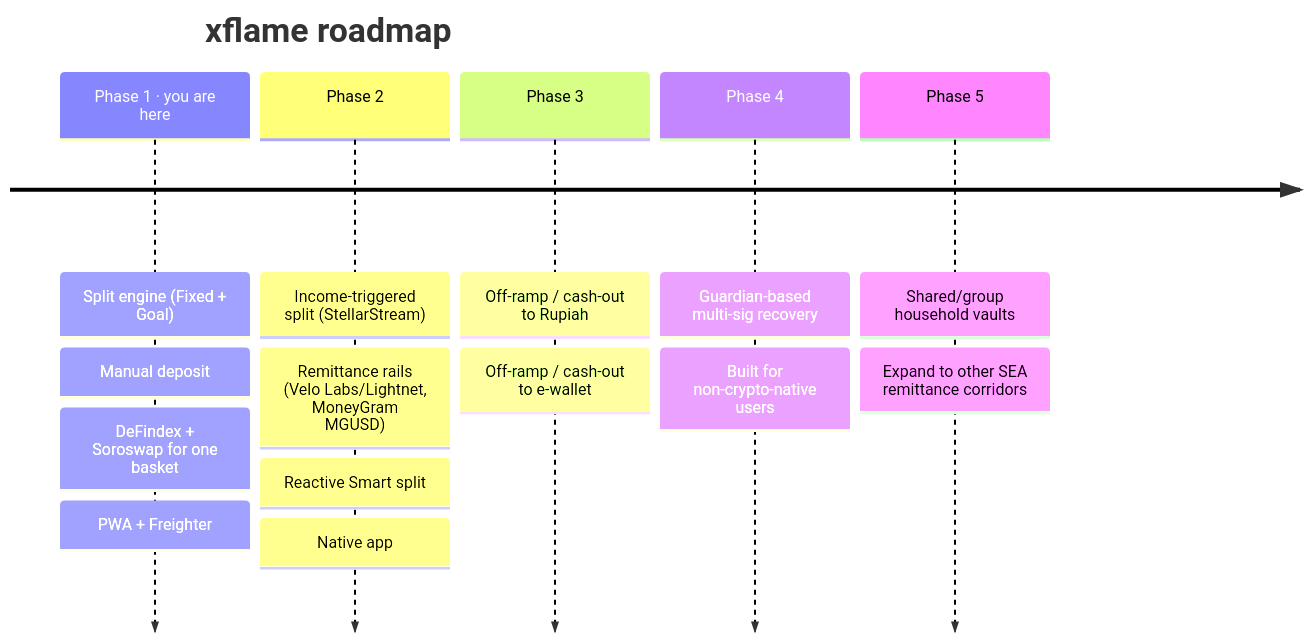
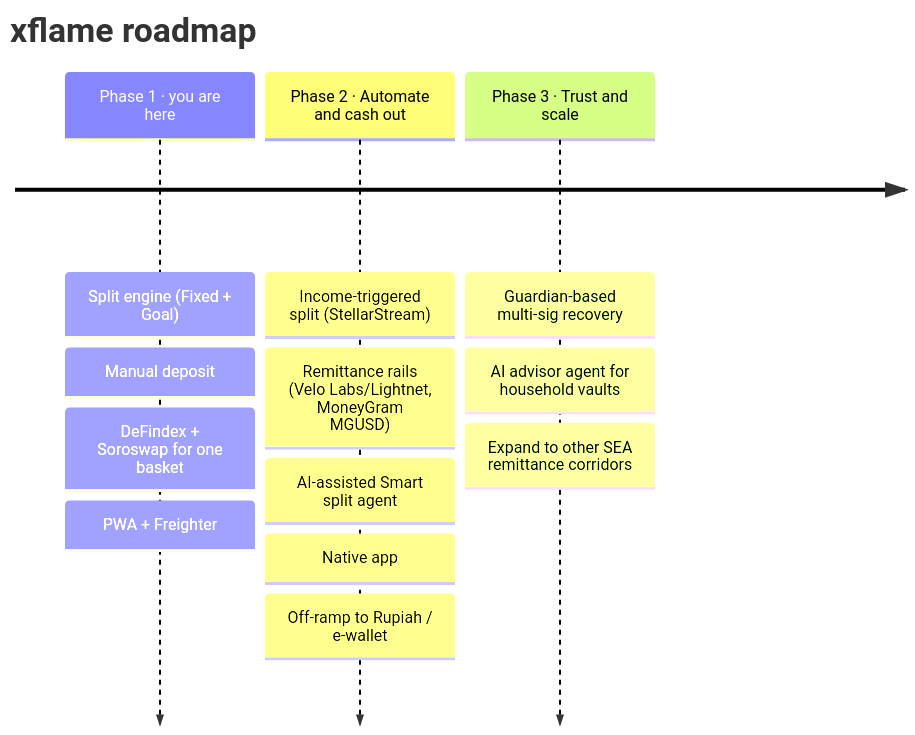
The third of 3 diagrams in README.md (artomily/xflame), drawn with Mermaid before and after one commit. The commit also changed other lines of this file, not shown here.

Commit message:
refactor: update roadmap phases for clarity and add AI features

````diff
--- a/README.md
+++ b/README.md
@@ -209,18 +209,16 @@
 ```mermaid
 timeline
     title xflame roadmap
     Phase 1 · you are here : Split engine (Fixed + Goal)
                             : Manual deposit
                             : DeFindex + Soroswap for one basket
                             : PWA + Freighter
-    Phase 2 : Income-triggered split (StellarStream)
-            : Remittance rails (Velo Labs/Lightnet, MoneyGram MGUSD)
-            : Reactive Smart split
-            : Native app
-    Phase 3 : Off-ramp / cash-out to Rupiah
-            : Off-ramp / cash-out to e-wallet
-    Phase 4 : Guardian-based multi-sig recovery
-            : Built for non-crypto-native users
-    Phase 5 : Shared/group household vaults
-            : Expand to other SEA remittance corridors
+    Phase 2 · Automate and cash out : Income-triggered split (StellarStream)
+                                     : Remittance rails (Velo Labs/Lightnet, MoneyGram MGUSD)
+                                     : AI-assisted Smart split agent
+                                     : Native app
+                                     : Off-ramp to Rupiah / e-wallet
+    Phase 3 · Trust and scale : Guardian-based multi-sig recovery
+                               : AI advisor agent for household vaults
+                               : Expand to other SEA remittance corridors
 ```
````
